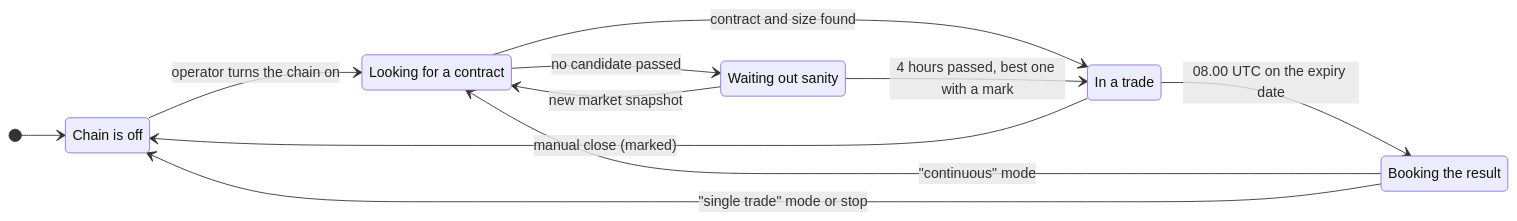
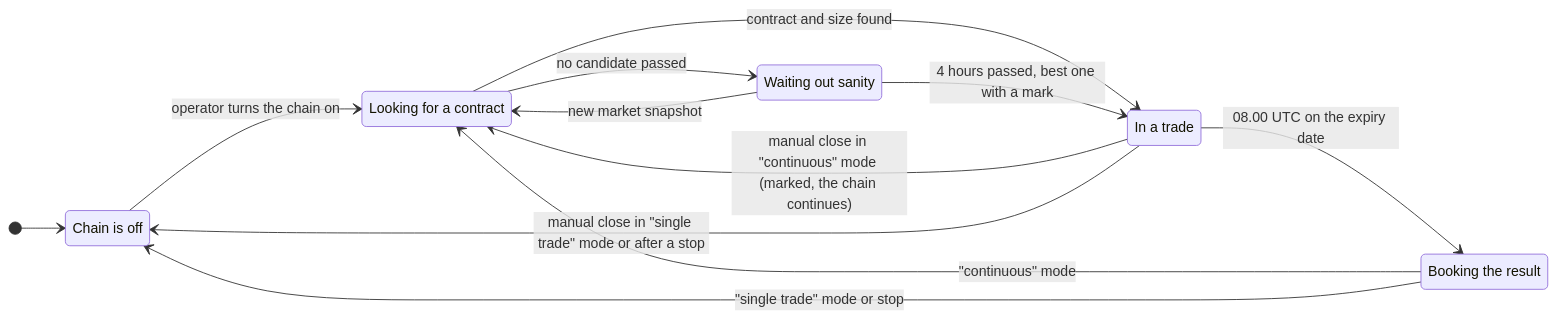
Before and after one commit to hamiltonalex/botLab: the fourth of 6 diagrams in botLab-desktop/docs/bot2-btc-options-how-it-works.en.md, drawn with Mermaid. The commit also changed other lines of this file and 1 other file, not shown here.

````diff
--- a/botLab-desktop/docs/bot2-btc-options-how-it-works.en.md
+++ b/botLab-desktop/docs/bot2-btc-options-how-it-works.en.md
@@ -223,19 +227,20 @@
 ```mermaid
 stateDiagram-v2
     direction LR
     Off: Chain is off
     Search: Looking for a contract
     Wait: Waiting out sanity
     Open: In a trade
     Settle: Booking the result
     [*] --> Off
     Off --> Search: operator turns the chain on
     Search --> Open: contract and size found
     Search --> Wait: no candidate passed
     Wait --> Search: new market snapshot
     Wait --> Open: 4 hours passed, best one with a mark
     Open --> Settle: 08.00 UTC on the expiry date
     Settle --> Search: "continuous" mode
     Settle --> Off: "single trade" mode or stop
-    Open --> Off: manual close (marked)
+    Open --> Search: manual close in "continuous" mode (marked, the chain continues)
+    Open --> Off: manual close in "single trade" mode or after a stop
 ```
````
